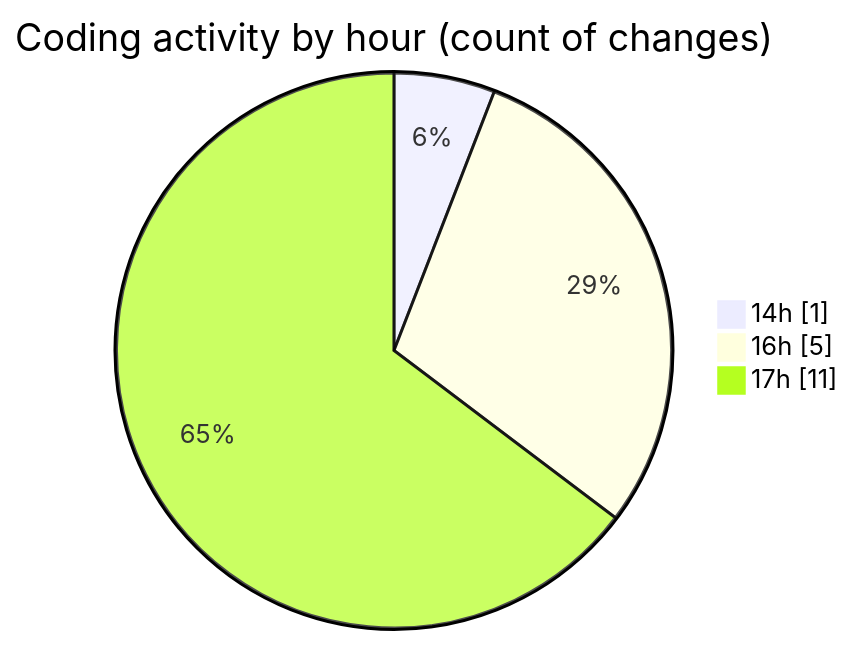
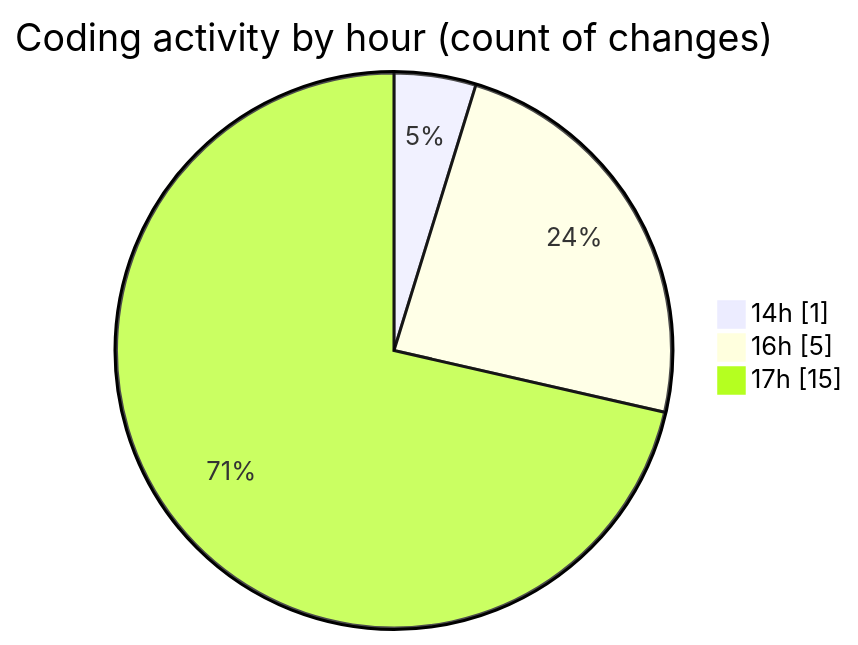
The second of 2 diagrams in 2026-07-15/nxtqube_webapp/README.md (nxtqubesakshisongat/code-tracking), drawn with Mermaid before and after one commit. The commit also changed other lines of this file and 1 other file, not shown here.

````diff
--- a/2026-07-15/nxtqube_webapp/README.md
+++ b/2026-07-15/nxtqube_webapp/README.md
@@ -32,7 +34,7 @@
 ```mermaid
 pie showData
 title Coding activity by hour (count of changes)
 "14h" : 1
 "16h" : 5
-"17h" : 11
+"17h" : 15
 ```
````
